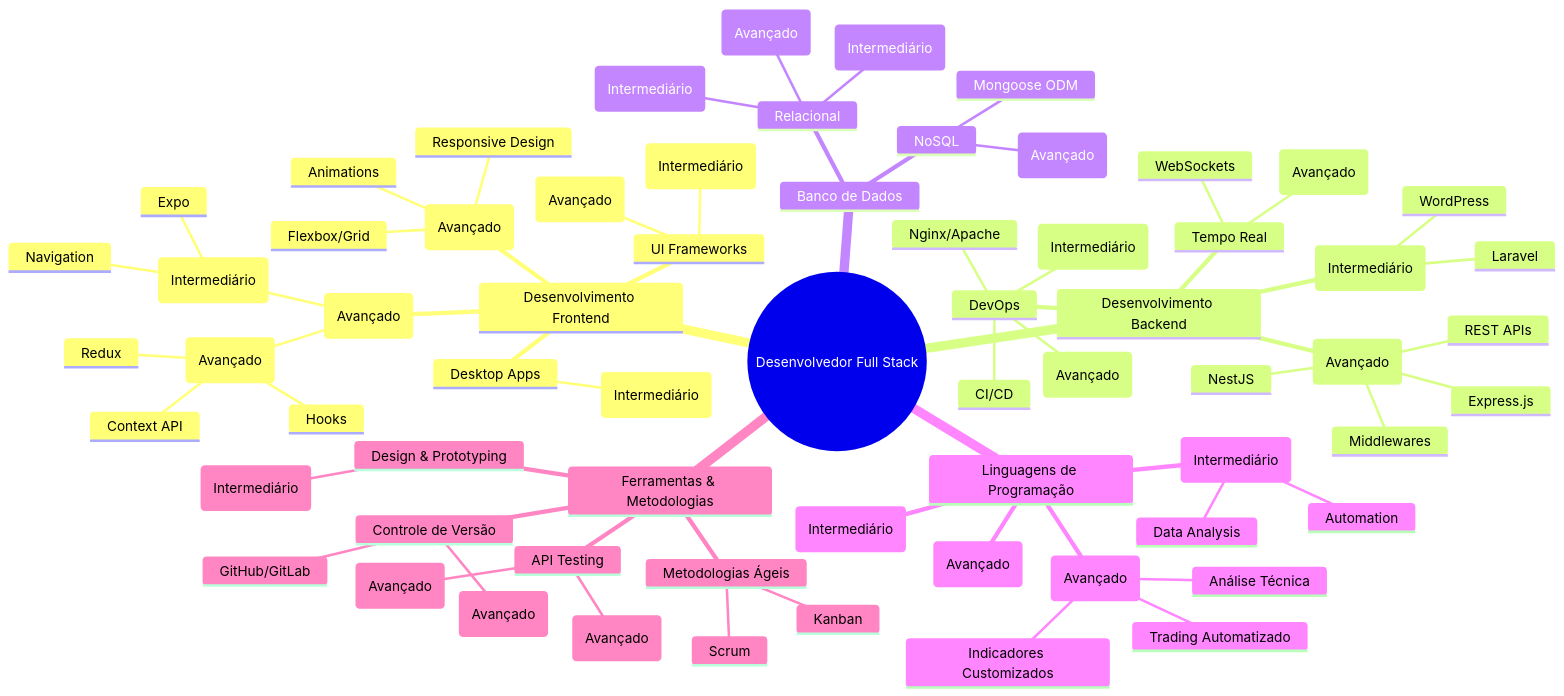
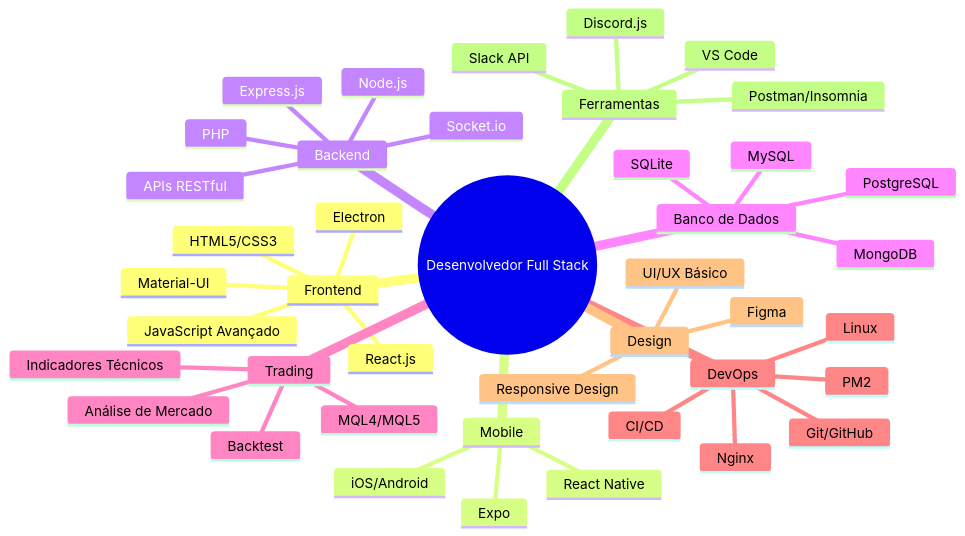
The first of 4 diagrams in README.md (AlesonPungirum/AlesonPungirum), drawn with Mermaid before and after one commit.

````diff
--- a/README.md
+++ b/README.md
@@ -38,69 +38,45 @@
 ```mermaid
 mindmap
   root((Desenvolvedor Full Stack))
-    Desenvolvimento Frontend
-      JavaScript (Avançado)
-        React (Avançado)
-          Hooks
-          Context API
-          Redux
-        React Native (Intermediário)
-          Expo
-          Navigation
-      HTML5/CSS3 (Avançado)
-        Responsive Design
-        Flexbox/Grid
-        Animations
-      UI Frameworks
-        Material-UI (Avançado)
-        Tailwind CSS (Intermediário)
-      Desktop Apps
-        Electron (Intermediário)
-    Desenvolvimento Backend
-      Node.js (Avançado)
-        Express.js
-        NestJS
-        REST APIs
-        Middlewares
-      PHP (Intermediário)
-        Laravel
-        WordPress
-      Tempo Real
-        Socket.io (Avançado)
-        WebSockets
-      DevOps
-        Linux (Intermediário)
-        Nginx/Apache
-        CI/CD
-        PM2 (Avançado)
+    Frontend
+      React.js
+      HTML5/CSS3
+      Material-UI
+      JavaScript Avançado
+      Electron
+    Mobile
+      React Native
+      Expo
+      iOS/Android
+    Backend
+      Node.js
+      Express.js
+      APIs RESTful
+      Socket.io
+      PHP
     Banco de Dados
-      Relacional
-        MySQL (Avançado)
-        PostgreSQL (Intermediário)
-        SQLite (Intermediário)
-      NoSQL
-        MongoDB (Avançado)
-        Mongoose ODM
-    Linguagens de Programação
-      JavaScript/TypeScript (Avançado)
-      Python (Intermediário)
-        Data Analysis
-        Automation
-      PHP (Intermediário)
-      MQL4/5 (Avançado)
-        Indicadores Customizados
-        Trading Automatizado
-        Análise Técnica
-    Ferramentas & Metodologias
-      Controle de Versão
-        Git (Avançado)
-        GitHub/GitLab
-      API Testing
-        Postman (Avançado)
-        Insomnia (Avançado)
-      Design & Prototyping
-        Figma (Intermediário)
-      Metodologias Ágeis
-        Scrum
-        Kanban
+      MySQL
+      MongoDB
+      PostgreSQL
+      SQLite
+    Trading
+      MQL4/MQL5
+      Indicadores Técnicos 
+      Backtest
+      Análise de Mercado
+    DevOps
+      Linux
+      Git/GitHub
+      CI/CD
+      PM2
+      Nginx
+    Design
+      Figma
+      UI/UX Básico
+      Responsive Design
+    Ferramentas
+      VS Code
+      Postman/Insomnia
+      Discord.js
+      Slack API
 ```
````
